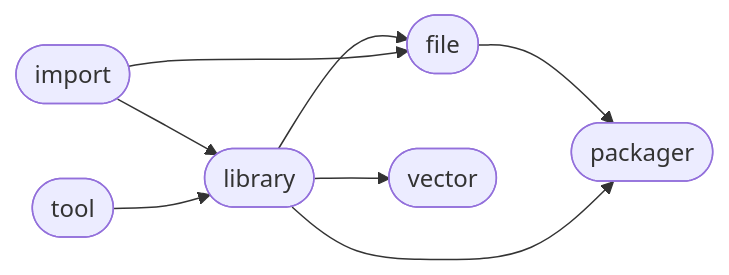
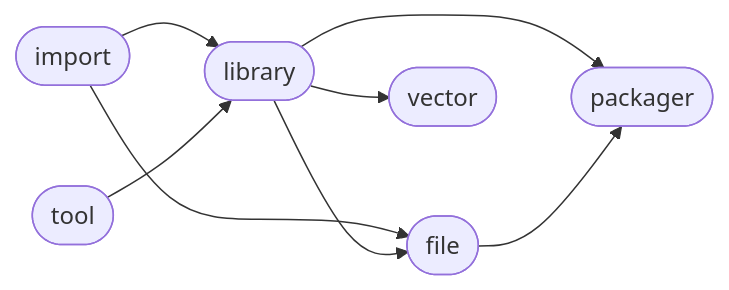
The diagram in README.md (Mandera/Mandera), drawn with Mermaid before and after one commit. The commit also changed other lines of this file, not shown here.

````diff
--- a/README.md
+++ b/README.md
@@ -6,16 +6,16 @@
 ```mermaid
 flowchart LR
+0([import]) --> 2([library])
+0([import]) --> 3([file])
+2([library]) --> 4([vector])
+1([tool]) --> 2([library])
+2([library]) --> 3([file])
+2([library]) --> 5([packager])
 3([file]) --> 5([packager])
-2([library]) --> 5([packager])
-2([library]) --> 3([file])
-0([import]) --> 2([library])
-1([tool]) --> 2([library])
-2([library]) --> 4([vector])
-0([import]) --> 3([file])
 click 0 "https://github.com/ManderaGeneral/generalimport"
 click 1 "https://github.com/ManderaGeneral/generaltool"
 click 2 "https://github.com/ManderaGeneral/generallibrary"
 click 3 "https://github.com/ManderaGeneral/generalfile"
 click 4 "https://github.com/ManderaGeneral/generalvector"
 click 5 "https://github.com/ManderaGeneral/generalpackager"
 ```
````
